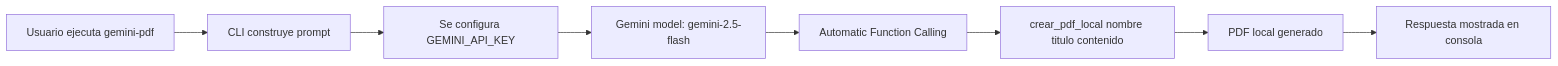
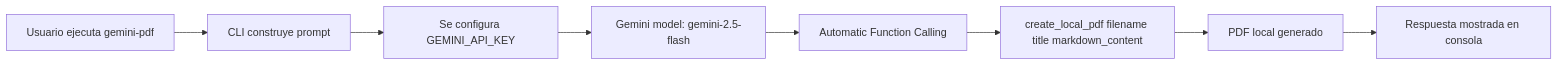
One commit to Alountk/gemini-tools changed the diagram in README.es.md. Above: the diagram before and after it, drawn with Mermaid. The commit also changed other lines of this file and 5 other files, not shown here.

````diff
--- a/README.es.md
+++ b/README.es.md
@@ -95,10 +95,10 @@
 ```mermaid
 flowchart LR
     A[Usuario ejecuta gemini-pdf] --> B[CLI construye prompt]
     B --> C[Se configura GEMINI_API_KEY]
     C --> D[Gemini model: gemini-2.5-flash]
     D --> E[Automatic Function Calling]
-    E --> F[crear_pdf_local nombre titulo contenido]
+    E --> F[create_local_pdf filename title markdown_content]
     F --> G[PDF local generado]
     G --> H[Respuesta mostrada en consola]
 ```
````
